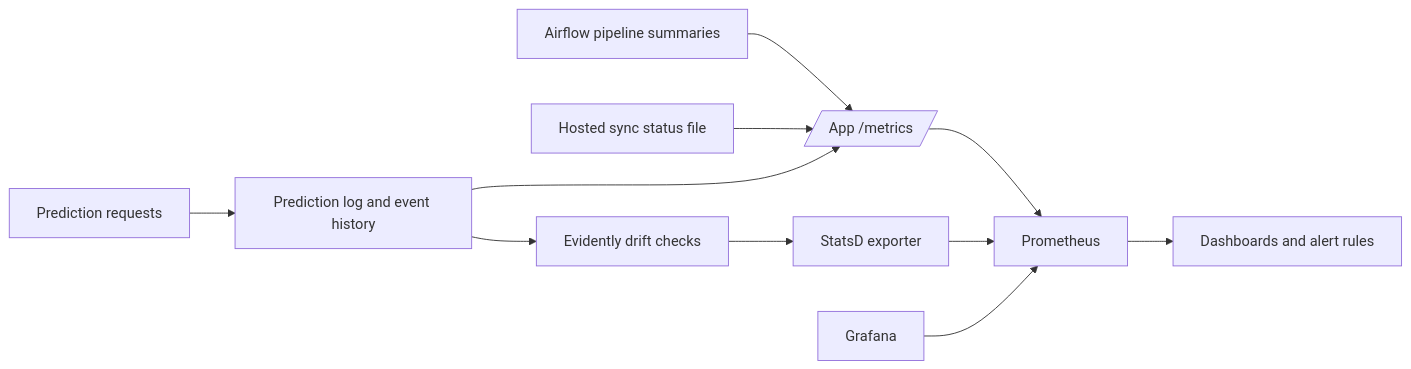
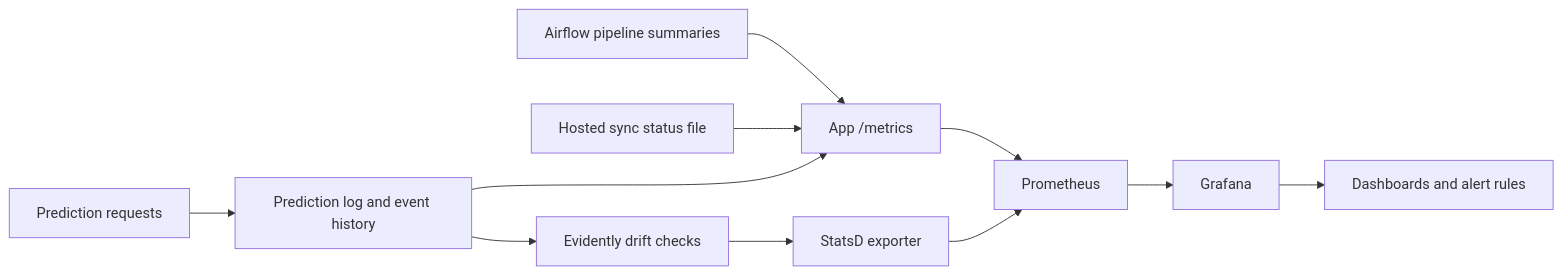
Before and after one commit to javihslu/foehncast: the diagram in docs/site/system/monitoring.md, drawn with Mermaid. The commit also changed other lines of this file and 22 other files, not shown here.

Commit message:
docs(site): simplify Mermaid diagrams

```diff
--- a/docs/site/system/monitoring.md
+++ b/docs/site/system/monitoring.md
@@ -15,13 +15,13 @@
 <div class="mermaid">
 flowchart LR
-    AIR[Airflow pipeline summaries] --> APP[/App /metrics/]
-    PRED[Prediction requests] --> LOG[Prediction log and event history]
-    LOG --> DRIFT[Evidently drift checks]
-    DRIFT --> STATSD[StatsD exporter]
-    SYNC[Hosted sync status file] --> APP
+    AIR["Airflow pipeline summaries"] --> APP["App /metrics"]
+    PRED["Prediction requests"] --> LOG["Prediction log and event history"]
+    LOG --> DRIFT["Evidently drift checks"]
+    DRIFT --> STATSD["StatsD exporter"]
+    SYNC["Hosted sync status file"] --> APP
     LOG --> APP
-    APP --> PROM[Prometheus]
+    APP --> PROM["Prometheus"]
     STATSD --> PROM
-    GRAFANA[Grafana] --> PROM
-    PROM --> DASH[Dashboards and alert rules]
+    PROM --> GRAFANA["Grafana"]
+    GRAFANA --> DASH["Dashboards and alert rules"]
 </div>
```
